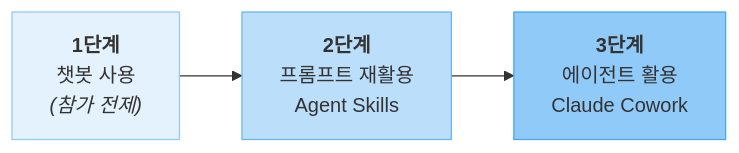
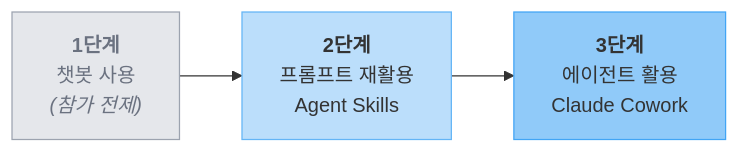
The first of 2 diagrams in docs/index.md (scroogy-dev/ai-onboarding), drawn with Mermaid before and after one commit. The commit also changed other lines of this file and 3 other files, not shown here.

````diff
--- a/docs/index.md
+++ b/docs/index.md
@@ -50,10 +50,10 @@
 ```mermaid
 flowchart LR
     A["<b>1단계</b><br/>챗봇 사용<br/><i>(참가 전제)</i>"]
     B["<b>2단계</b><br/>프롬프트 재활용<br/>Agent Skills"]
     C["<b>3단계</b><br/>에이전트 활용<br/>Claude Cowork"]
     A --> B --> C
-    style A fill:#e3f2fd,stroke:#90caf9
+    style A fill:#e5e7eb,stroke:#9ca3af,color:#6b7280
     style B fill:#bbdefb,stroke:#64b5f6
     style C fill:#90caf9,stroke:#42a5f5
 ```
````
